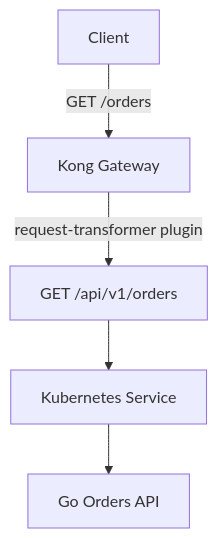
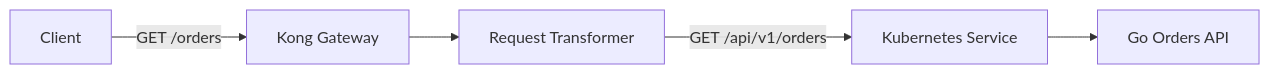
One commit to merazsheikh/kong-kubernetes-lab changed the fourth of 12 diagrams in README.md. Above: the diagram before and after it, drawn with Mermaid. The commit also changed other lines of this file, not shown here.

````diff
--- a/README.md
+++ b/README.md
@@ -192,7 +427,13 @@
 ```mermaid
-flowchart TD
-    Client -- "GET /orders" --> Kong[Kong Gateway]
-    Kong -- "request-transformer plugin" --> Transformed["GET /api/v1/orders"]
-    Transformed --> K8s[Kubernetes Service]
-    K8s --> GoAPI[Go Orders API]
+flowchart LR
+    Client["Client"]
+    Kong["Kong Gateway"]
+    Transform["Request Transformer"]
+    Service["Kubernetes Service"]
+    API["Go Orders API"]
+
+    Client -- "GET /orders" --> Kong
+    Kong --> Transform
+    Transform -- "GET /api/v1/orders" --> Service
+    Service --> API
 ```
````
